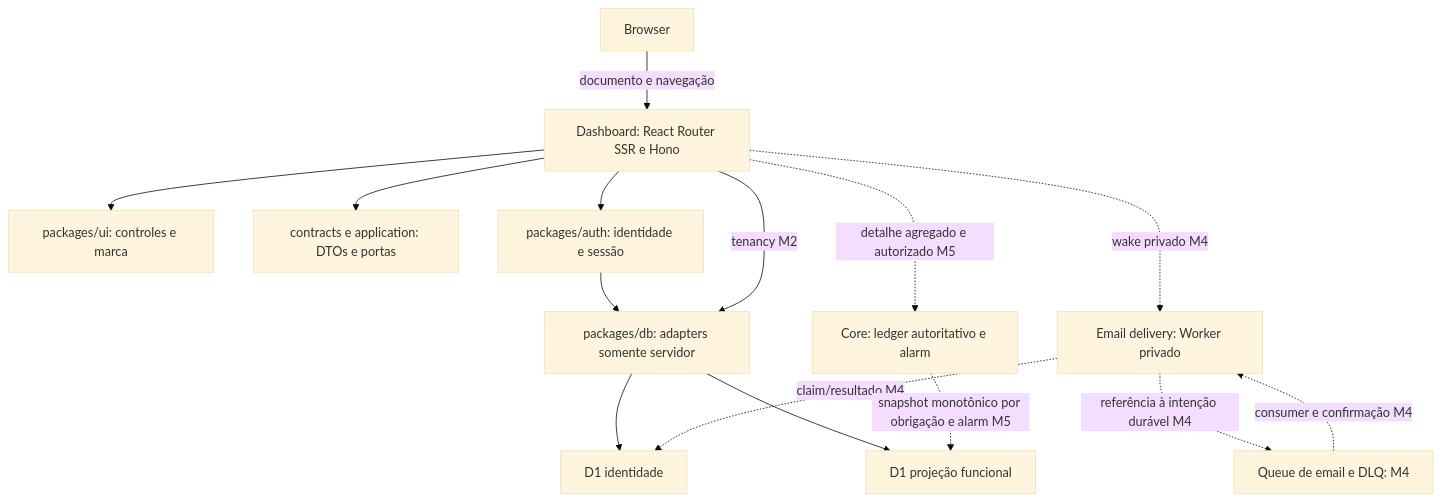
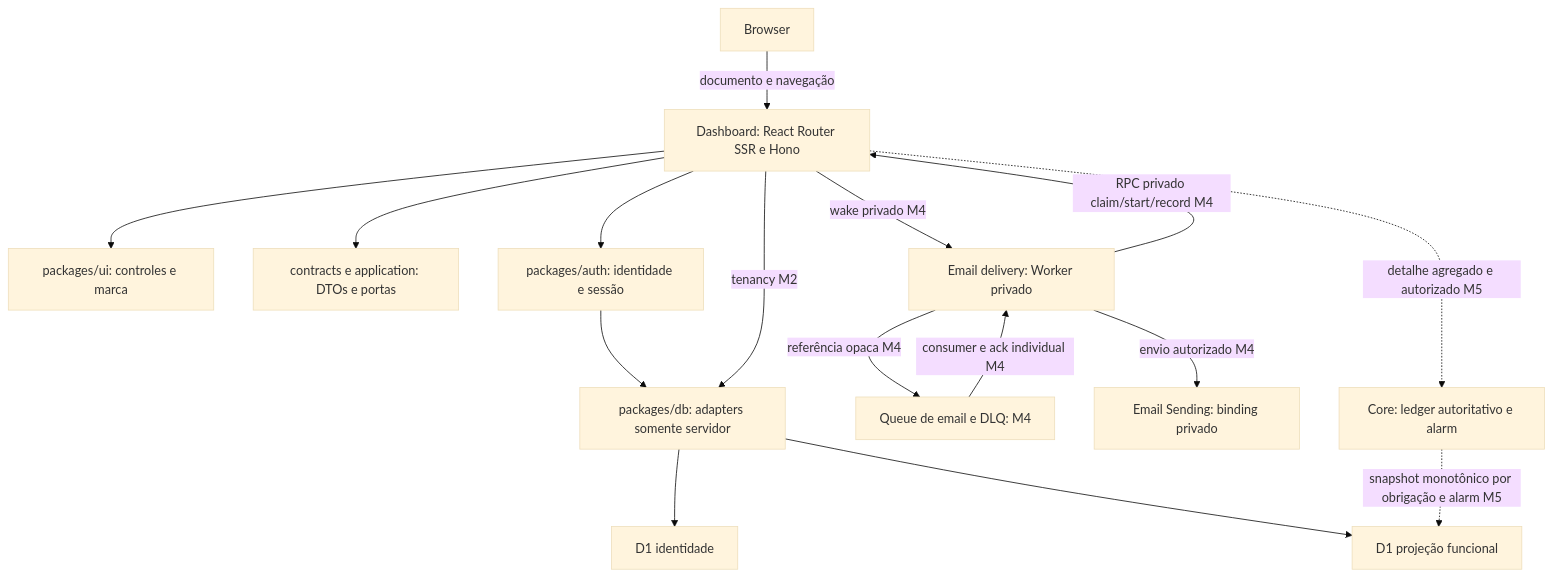
Before and after one commit to ThiagoCrepequer/holon: the diagram in docs/architecture/user-dashboard.md, drawn with Mermaid (base theme). The commit also changed other lines of this file and 10 other files, not shown here.

````diff
--- a/docs/architecture/user-dashboard.md
+++ b/docs/architecture/user-dashboard.md
@@ -40,28 +41,30 @@
 ```mermaid
 flowchart TD
   B[Browser]
   D[Dashboard: React Router SSR e Hono]
   U[packages/ui: controles e marca]
   C[contracts e application: DTOs e portas]
   DB[packages/db: adapters somente servidor]
   A[packages/auth: identidade e sessão]
   I[D1 identidade]
   P[D1 projeção funcional]
   E[Email delivery: Worker privado]
   Q[Queue de email e DLQ: M4]
+  S[Email Sending: binding privado]
   L[Core: ledger autoritativo e alarm]
   B -->|documento e navegação| D
   D --> U
   D --> C
   D --> A
   A --> DB
   D -->|tenancy M2| DB
   DB --> I
   DB --> P
-  D -. wake privado M4 .-> E
-  E -. referência à intenção durável M4 .-> Q
-  Q -. consumer e confirmação M4 .-> E
-  E -. claim/resultado M4 .-> I
+  D -->|wake privado M4| E
+  E -->|referência opaca M4| Q
+  Q -->|consumer e ack individual M4| E
+  E -->|RPC privado claim/start/record M4| D
+  E -->|envio autorizado M4| S
   L -. snapshot monotônico por obrigação e alarm M5 .-> P
   D -. detalhe agregado e autorizado M5 .-> L
 ```
````
